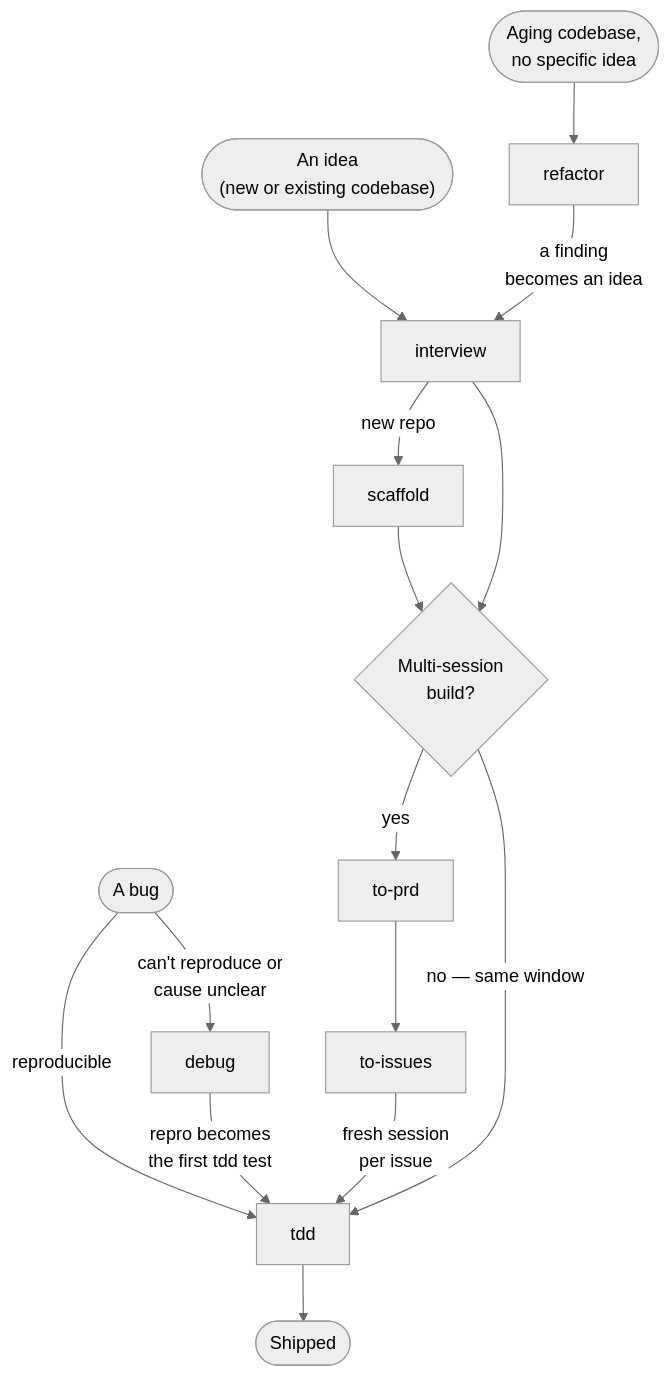
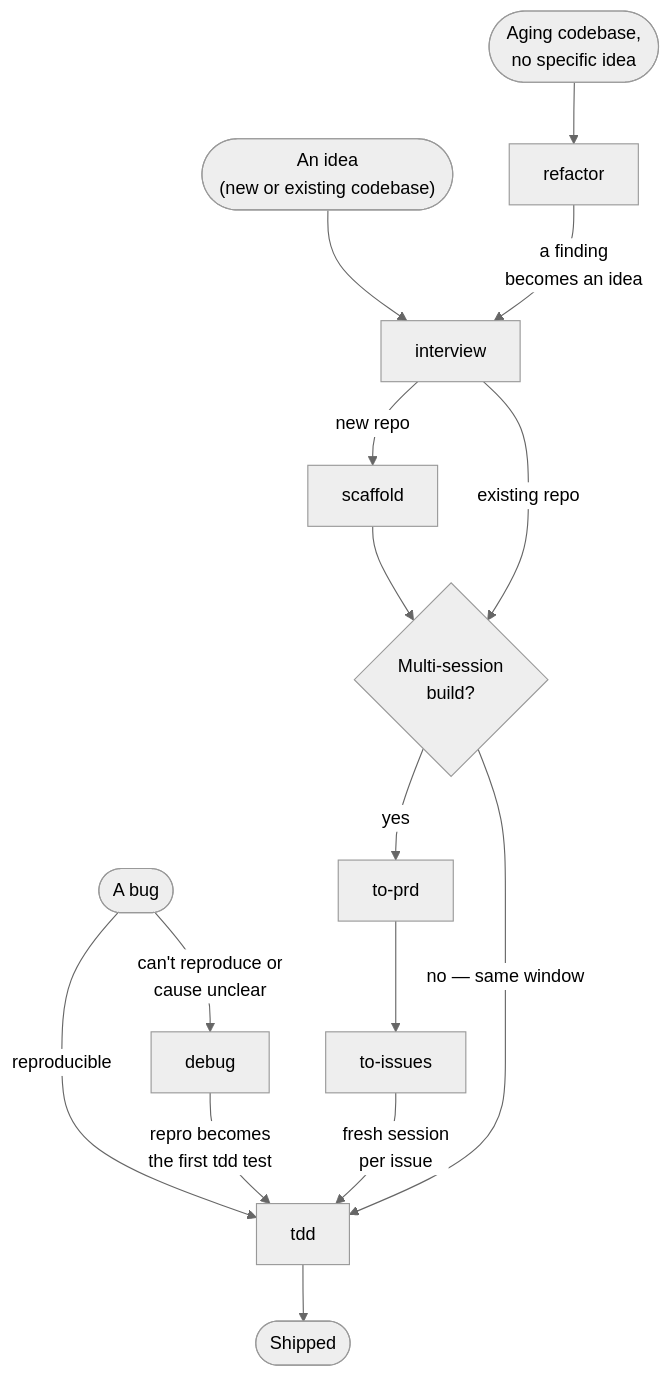
One commit to DavisMcCracken/pyxis changed the diagram in README.md. Above: the diagram before and after it, drawn with Mermaid (neutral theme). The commit also changed other lines of this file and 2 other files, not shown here.

Commit message:
docs: align skill-flow overview wording

````diff
--- a/README.md
+++ b/README.md
@@ -23,18 +23,18 @@
 ```mermaid
 flowchart TD
     idea(["An idea<br>(new or existing codebase)"]) --> interview
     aging(["Aging codebase,<br>no specific idea"]) --> refactor
     bug(["A bug"]) -->|reproducible| tdd
     bug -->|"can't reproduce or<br>cause unclear"| debug
 
+    refactor -->|"a finding<br>becomes an idea"| interview
     interview -->|new repo| scaffold
     scaffold --> fork
-    interview --> fork{Multi-session<br>build?}
+    interview -->|existing repo| fork{Multi-session<br>build?}
     fork -->|yes| toprd[to-prd]
     toprd --> toissues[to-issues]
     toissues -->|"fresh session<br>per issue"| tdd
     fork -->|"no — same window"| tdd
     debug -->|"repro becomes<br>the first tdd test"| tdd
     tdd --> shipped([Shipped])
-    refactor -->|"a finding<br>becomes an idea"| interview
 ```
````
